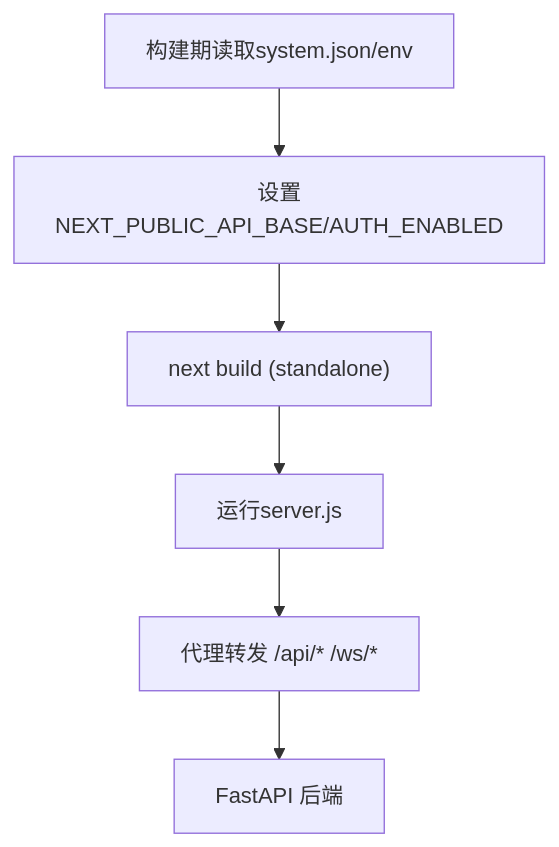
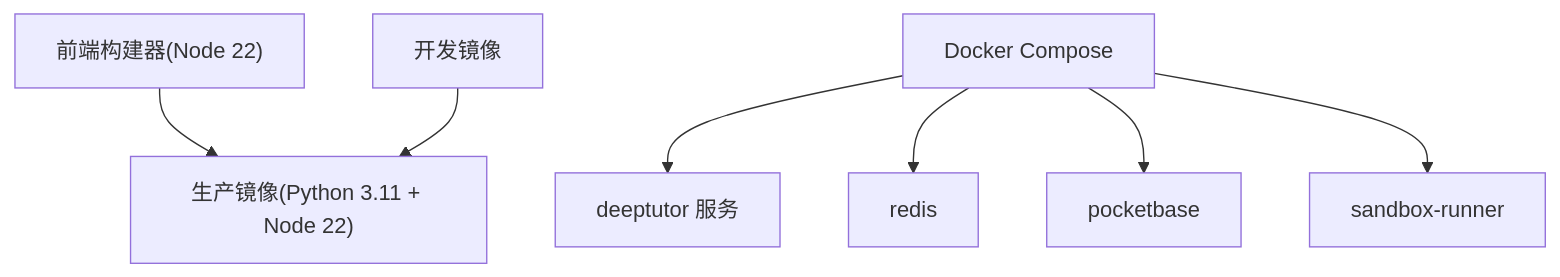
Before and after one commit to gongzili456/DeepTutor: the seventh of 8 diagrams in .qoder/repowiki/zh/content/项目概述/技术栈概览.md, drawn with Mermaid. The commit also changed other lines of this file and 1242 other files, not shown here.

````diff
--- a/.qoder/repowiki/zh/content/项目概述/技术栈概览.md
+++ b/.qoder/repowiki/zh/content/项目概述/技术栈概览.md
@@ -273,8 +268,9 @@
 ```mermaid
-flowchart TD
-DevBuild["构建期读取system.json/env"] --> Config["设置NEXT_PUBLIC_API_BASE/AUTH_ENABLED"]
-Config --> Build["next build (standalone)"]
-Build --> ProdRun["运行server.js"]
-ProdRun --> Proxy["代理转发 /api/* /ws/*"]
-Proxy --> Backend["FastAPI 后端"]
+graph TB
+Builder["前端构建器(Node 22)"] --> Prod["生产镜像(Python 3.11 + Node 22)"]
+Dev["开发镜像"] --> Prod
+Compose["Docker Compose"] --> Service["deeptutor 服务"]
+Compose --> RedisS["redis"]
+Compose --> PB["pocketbase"]
+Compose --> Runner["sandbox-runner"]
 ```
````
